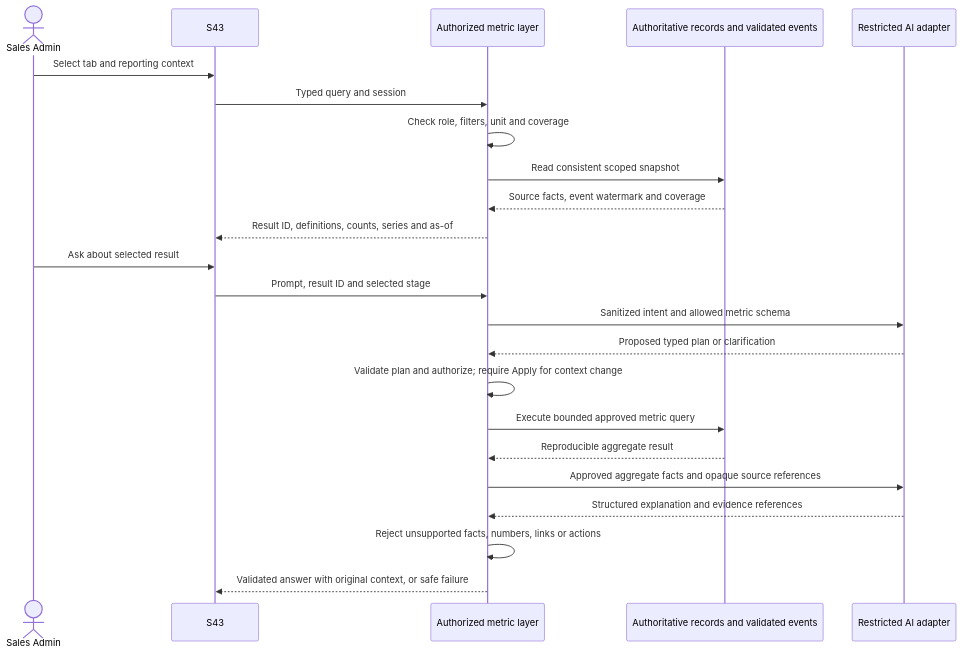
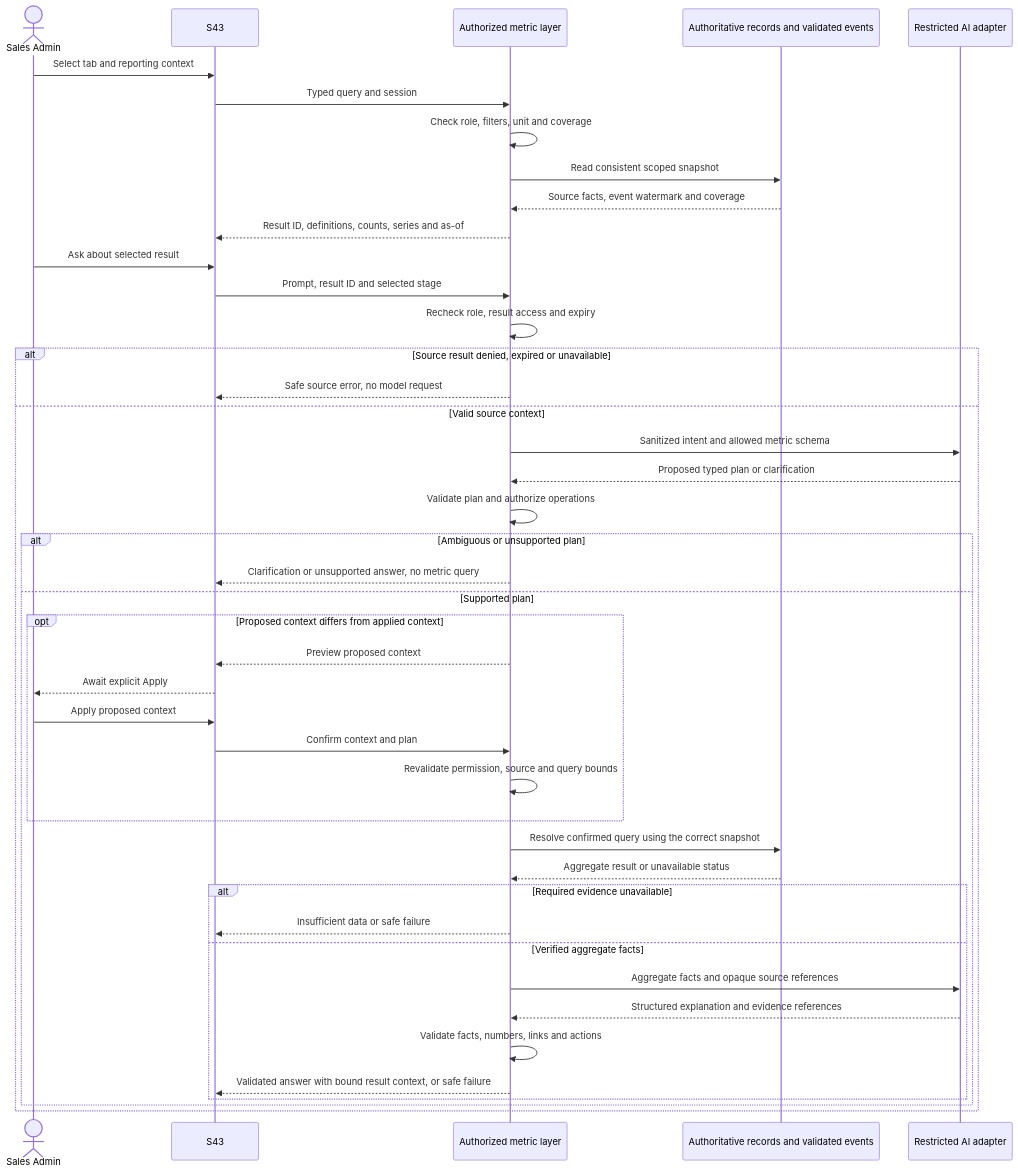
The second of 2 diagrams in docs/spec/specs/spec-MFG-11.md (ankhanhwork/weavelink-project), drawn with Mermaid before and after one commit. The commit also changed other lines of this file and 5 other files, not shown here.

````diff
--- a/docs/spec/specs/spec-MFG-11.md
+++ b/docs/spec/specs/spec-MFG-11.md
@@ -91,25 +95,45 @@
 ```mermaid
 sequenceDiagram
     actor Admin as Sales Admin
     participant UI as S43
     participant Analytics as Authorized metric layer
     participant Store as Authoritative records and validated events
     participant AI as Restricted AI adapter
     Admin->>UI: Select tab and reporting context
     UI->>Analytics: Typed query and session
     Analytics->>Analytics: Check role, filters, unit and coverage
     Analytics->>Store: Read consistent scoped snapshot
     Store-->>Analytics: Source facts, event watermark and coverage
     Analytics-->>UI: Result ID, definitions, counts, series and as-of
     Admin->>UI: Ask about selected result
     UI->>Analytics: Prompt, result ID and selected stage
-    Analytics->>AI: Sanitized intent and allowed metric schema
-    AI-->>Analytics: Proposed typed plan or clarification
-    Analytics->>Analytics: Validate plan and authorize#59; require Apply for context change
-    Analytics->>Store: Execute bounded approved metric query
-    Store-->>Analytics: Reproducible aggregate result
-    Analytics->>AI: Approved aggregate facts and opaque source references
-    AI-->>Analytics: Structured explanation and evidence references
-    Analytics->>Analytics: Reject unsupported facts, numbers, links or actions
-    Analytics-->>UI: Validated answer with original context, or safe failure
+    Analytics->>Analytics: Recheck role, result access and expiry
+    alt Source result denied, expired or unavailable
+        Analytics-->>UI: Safe source error, no model request
+    else Valid source context
+        Analytics->>AI: Sanitized intent and allowed metric schema
+        AI-->>Analytics: Proposed typed plan or clarification
+        Analytics->>Analytics: Validate plan and authorize operations
+        alt Ambiguous or unsupported plan
+            Analytics-->>UI: Clarification or unsupported answer, no metric query
+        else Supported plan
+            opt Proposed context differs from applied context
+                Analytics-->>UI: Preview proposed context
+                UI-->>Admin: Await explicit Apply
+                Admin->>UI: Apply proposed context
+                UI->>Analytics: Confirm context and plan
+                Analytics->>Analytics: Revalidate permission, source and query bounds
+            end
+            Analytics->>Store: Resolve confirmed query using the correct snapshot
+            Store-->>Analytics: Aggregate result or unavailable status
+            alt Required evidence unavailable
+                Analytics-->>UI: Insufficient data or safe failure
+            else Verified aggregate facts
+                Analytics->>AI: Aggregate facts and opaque source references
+                AI-->>Analytics: Structured explanation and evidence references
+                Analytics->>Analytics: Validate facts, numbers, links and actions
+                Analytics-->>UI: Validated answer with bound result context, or safe failure
+            end
+        end
+    end
 ```
````
